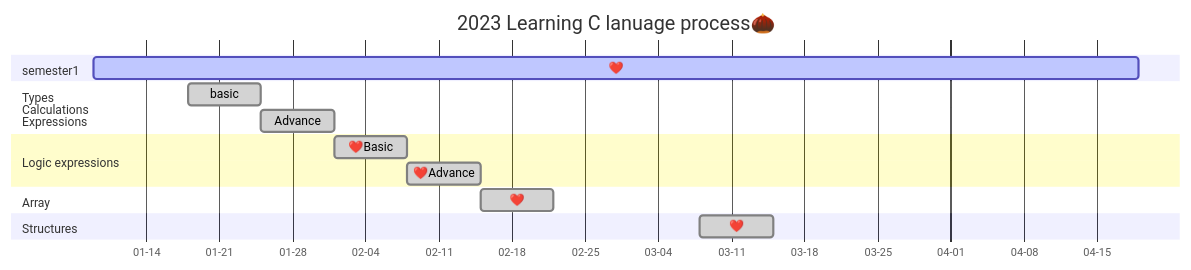
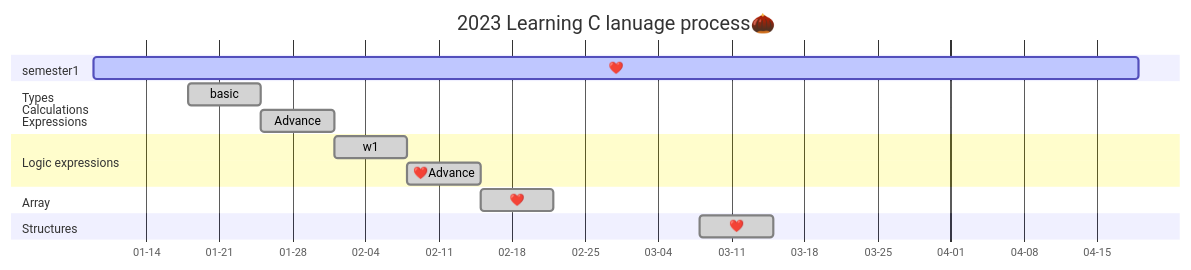
One commit to AimeeWen1992/Learning-C changed the diagram in README.md. Above: the diagram before and after it, drawn with Mermaid.

````diff
--- a/README.md
+++ b/README.md
@@ -15,24 +15,24 @@
 ```mermaid
 gantt
 title 2023 Learning C lanuage process🌰 
 dateFormat YYYY-MM-DD
 axisFormat %m-%d
 section semester1
         ❤️:active,01-09,100d
 section Types<br />Calculations<br />Expressions
         basic   :done,01-18,7d
         Advance :done,01-25,7d
 
 section Logic expressions
-        ❤️Basic   :done,02-01,7d
+        w1   :done,02-01,7d
         ❤️Advance :done,02-08,7d
 
 section Array
         ❤️      :done,02-15,7d
 
 section Structures
         ❤️      :done,03-08,7d
 
 section Fountion
 
 ```
````
